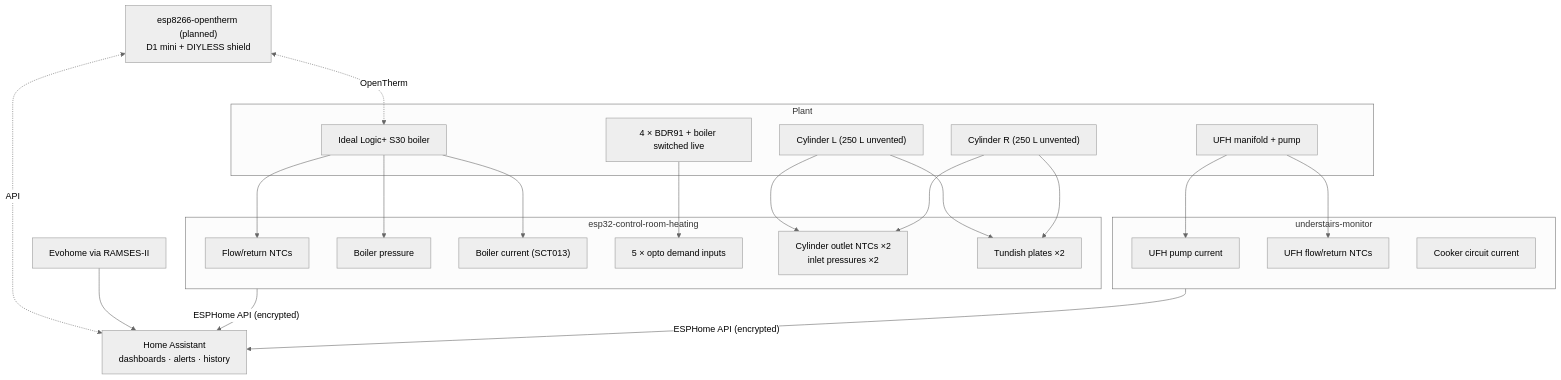
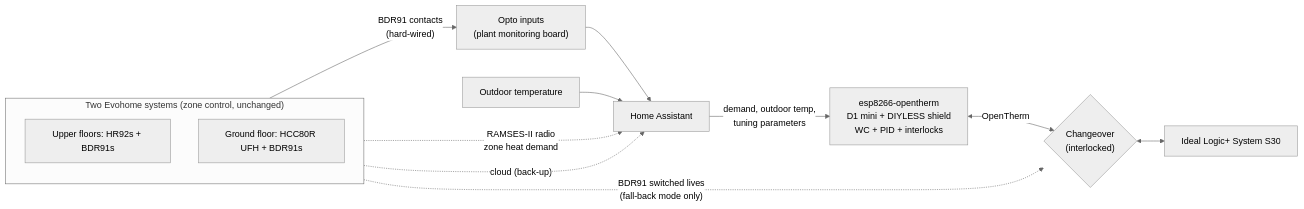
Before and after one commit to the-control-cabinet/heating-plant-monitoring-esphome: the diagram in README.md, drawn with Mermaid (neutral theme). The commit also changed other lines of this file and 15 other files, not shown here.

````diff
--- a/README.md
+++ b/README.md
@@ -49,31 +24,16 @@
 ```mermaid
-flowchart TB
-    subgraph PLANT["Plant"]
-        B["Ideal Logic+ S30 boiler"]
-        C1["Cylinder L (250 L unvented)"]
-        C2["Cylinder R (250 L unvented)"]
-        UFH["UFH manifold + pump"]
-        BDR["4 × BDR91 + boiler switched live"]
+flowchart LR
+    subgraph EVO["Two Evohome systems (zone control, unchanged)"]
+        Z1["Upper floors: HR92s + BDR91s"]
+        Z2["Ground floor: HCC80R UFH + BDR91s"]
     end
-    subgraph CR["esp32-control-room-heating"]
-        T["Flow/return NTCs"]
-        P["Boiler pressure"]
-        I["Boiler current (SCT013)"]
-        O["5 × opto demand inputs"]
-        DH["Cylinder outlet NTCs ×2<br/>inlet pressures ×2"]
-        TD["Tundish plates ×2"]
-    end
-    subgraph US["understairs-monitor"]
-        UP["UFH pump current"]
-        UT["UFH flow/return NTCs"]
-        CK["Cooker circuit current"]
-    end
-    B --> T & P & I
-    BDR --> O
-    C1 & C2 --> DH & TD
-    UFH --> UP & UT
-    CR & US -->|"ESPHome API (encrypted)"| HA["Home Assistant<br/>dashboards · alerts · history"]
-    OT["esp8266-opentherm (planned)<br/>D1 mini + DIYLESS shield"] <-.->|"OpenTherm"| B
-    OT <-.->|"API"| HA
-    EVO["Evohome via RAMSES-II"] --> HA
+    EVO -->|"BDR91 contacts<br/>(hard-wired)"| OPTO["Opto inputs<br/>(plant monitoring board)"]
+    EVO -.->|"RAMSES-II radio<br/>zone heat demand"| HA["Home Assistant"]
+    EVO -.->|"cloud (back-up)"| HA
+    OPTO --> HA
+    OUT["Outdoor temperature"] --> HA
+    HA -->|"demand, outdoor temp,<br/>tuning parameters"| NODE["esp8266-opentherm<br/>D1 mini + DIYLESS shield<br/>WC + PID + interlocks"]
+    NODE <-->|"OpenTherm"| CO{"Changeover<br/>(interlocked)"}
+    CO <--> BOIL["Ideal Logic+ System S30"]
+    EVO -.->|"BDR91 switched lives<br/>(fall-back mode only)"| CO
 ```
````
